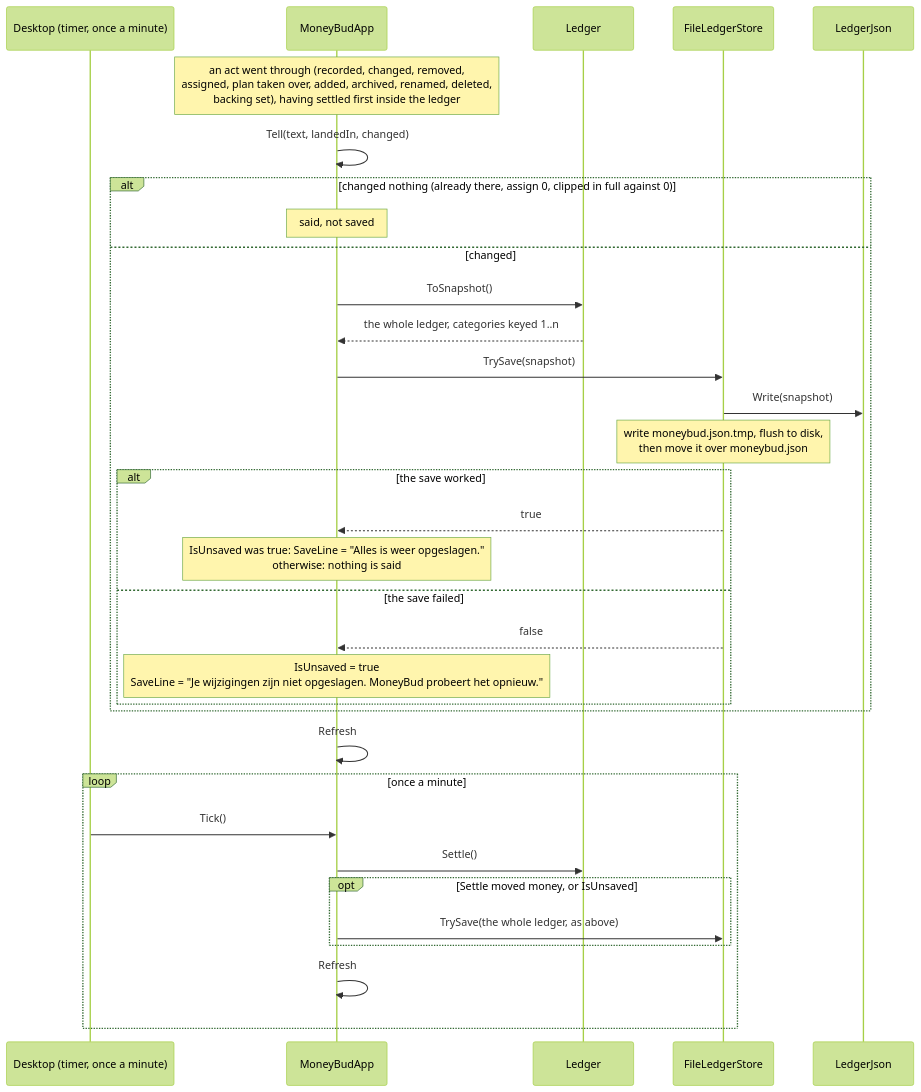
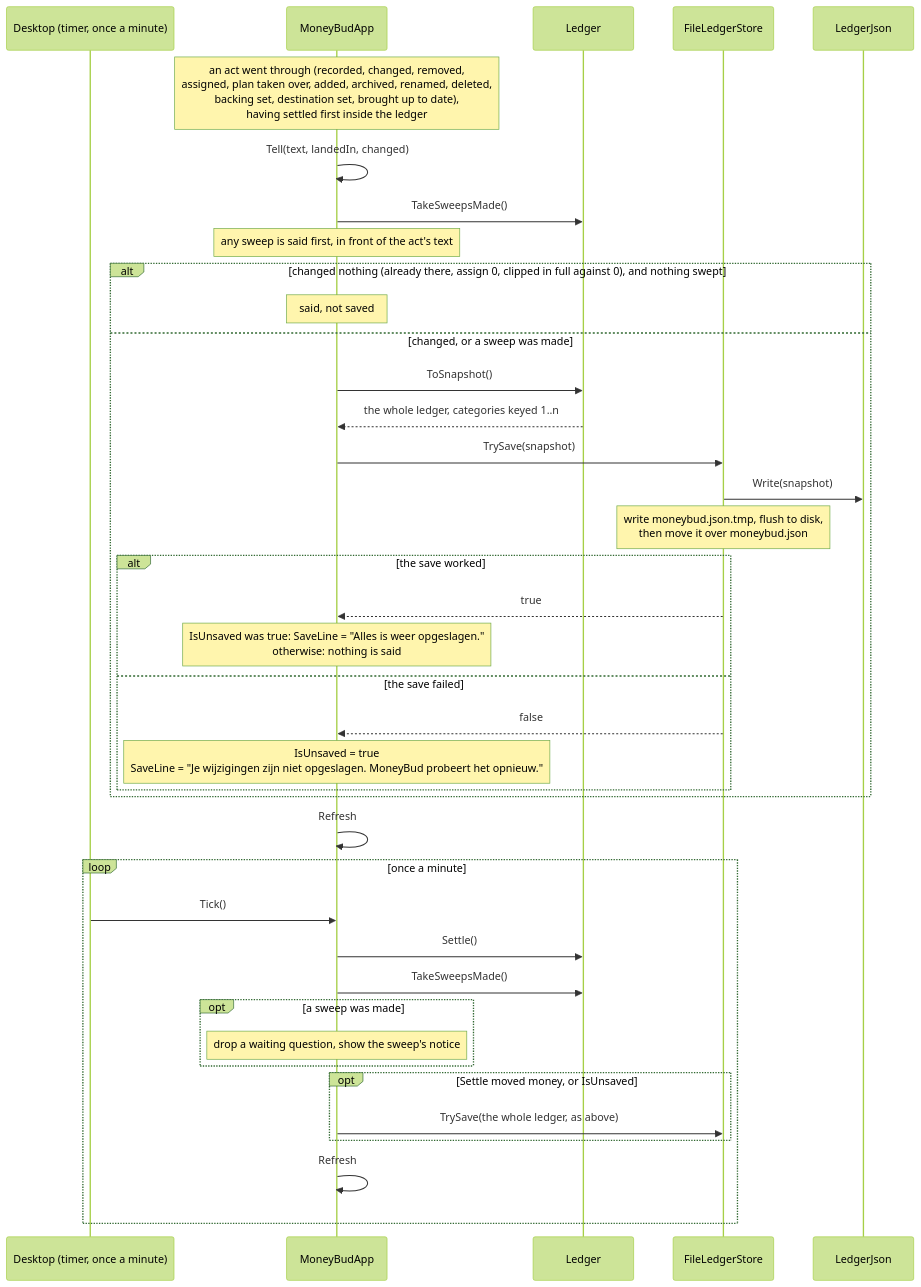
Before and after one commit to Axelkonijn/MoneyBud: the third of 3 diagrams in docs/arc42/06-runtime-view.md, drawn with Mermaid (forest theme). The commit also changed other lines of this file and 35 other files, not shown here.

````diff
--- a/docs/arc42/06-runtime-view.md
+++ b/docs/arc42/06-runtime-view.md
@@ -305,37 +367,43 @@
 ```mermaid
 sequenceDiagram
     participant Timer as Desktop (timer, once a minute)
     participant App as MoneyBudApp
     participant Ledger
     participant Store as FileLedgerStore
     participant Json as LedgerJson
 
-    Note over App: an act went through (recorded, changed, removed,<br/>assigned, plan taken over, added, archived, renamed, deleted,<br/>backing set), having settled first inside the ledger
+    Note over App: an act went through (recorded, changed, removed,<br/>assigned, plan taken over, added, archived, renamed, deleted,<br/>backing set, destination set, brought up to date),<br/>having settled first inside the ledger
     App->>App: Tell(text, landedIn, changed)
-    alt changed nothing (already there, assign 0, clipped in full against 0)
+    App->>Ledger: TakeSweepsMade()
+    Note over App: any sweep is said first, in front of the act's text
+    alt changed nothing (already there, assign 0, clipped in full against 0), and nothing swept
         Note over App: said, not saved
-    else changed
+    else changed, or a sweep was made
         App->>Ledger: ToSnapshot()
         Ledger-->>App: the whole ledger, categories keyed 1..n
         App->>Store: TrySave(snapshot)
         Store->>Json: Write(snapshot)
         Note over Store: write moneybud.json.tmp, flush to disk,<br/>then move it over moneybud.json
         alt the save worked
             Store-->>App: true
             Note over App: IsUnsaved was true: SaveLine = "Alles is weer opgeslagen."<br/>otherwise: nothing is said
         else the save failed
             Store-->>App: false
             Note over App: IsUnsaved = true<br/>SaveLine = "Je wijzigingen zijn niet opgeslagen. MoneyBud probeert het opnieuw."
         end
     end
     App->>App: Refresh
 
     loop once a minute
         Timer->>App: Tick()
         App->>Ledger: Settle()
+        App->>Ledger: TakeSweepsMade()
+        opt a sweep was made
+            Note over App: drop a waiting question, show the sweep's notice
+        end
         opt Settle moved money, or IsUnsaved
             App->>Store: TrySave(the whole ledger, as above)
         end
         App->>App: Refresh
     end
 ```
````
